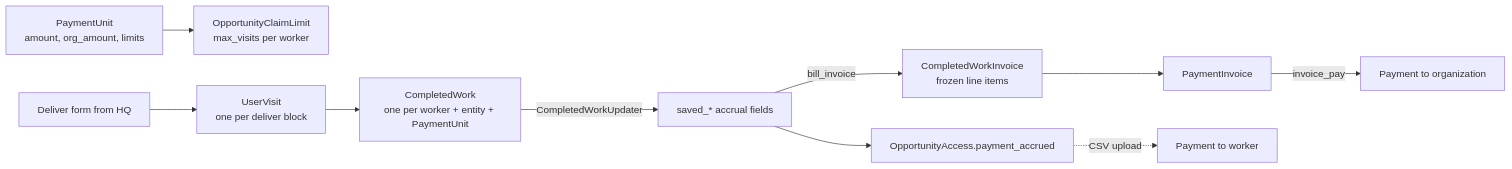
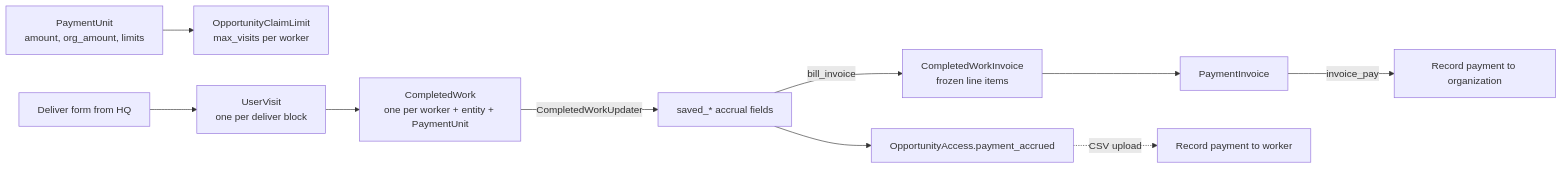
Before and after one commit to dimagi/commcare-connect: the first of 8 diagrams in commcare_connect/opportunity/PAYMENTS.md, drawn with Mermaid. The commit also changed other lines of this file, not shown here.

Commit message:
clarify payment recording, max_daily and incremental

````diff
--- a/commcare_connect/opportunity/PAYMENTS.md
+++ b/commcare_connect/opportunity/PAYMENTS.md
@@ -9,12 +9,12 @@
 ```mermaid
 flowchart LR
     PU[PaymentUnit<br/>amount, org_amount, limits] --> CL[OpportunityClaimLimit<br/>max_visits per worker]
     F[Deliver form from HQ] --> UV[UserVisit<br/>one per deliver block]
     UV --> CW[CompletedWork<br/>one per worker + entity + PaymentUnit]
     CW -->|CompletedWorkUpdater| ACC[saved_* accrual fields]
     ACC --> OA[OpportunityAccess.payment_accrued]
     ACC -->|bill_invoice| CWI[CompletedWorkInvoice<br/>frozen line items]
     CWI --> INV[PaymentInvoice]
-    INV -->|invoice_pay| PO[Payment to organization]
-    OA -.->|CSV upload| PW[Payment to worker]
+    INV -->|invoice_pay| PO[Record payment to organization]
+    OA -.->|CSV upload| PW[Record payment to worker]
 ```
````
